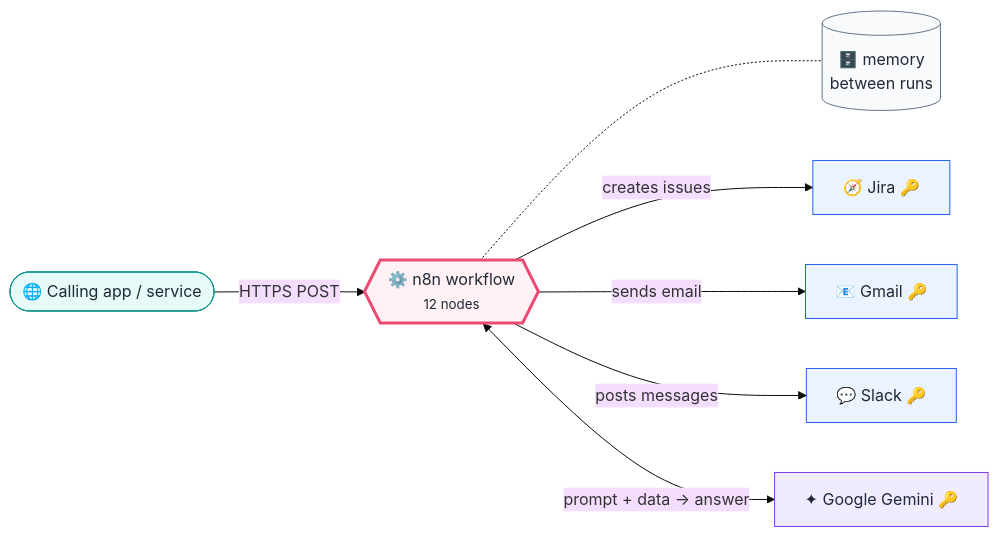
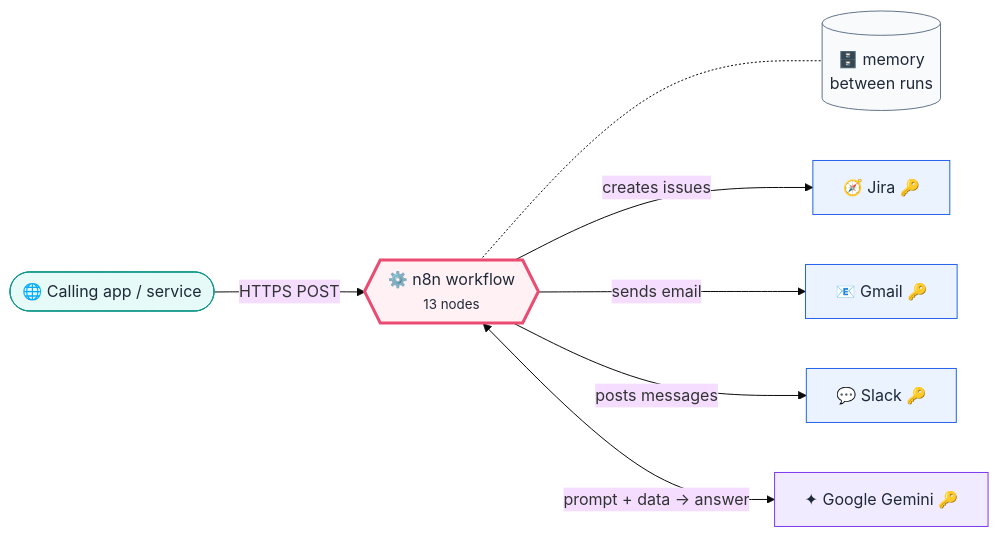
Before and after one commit to callme-siva/n8n-knowledge: the first of 2 diagrams in workflows/P03-incident-response-orchestrator/README.md, drawn with Mermaid (base theme). The commit also changed other lines of this file and 118 other files, not shown here.

````diff
--- a/workflows/P03-incident-response-orchestrator/README.md
+++ b/workflows/P03-incident-response-orchestrator/README.md
@@ -35,23 +35,23 @@
 ```mermaid
 flowchart LR
   s0(["🌐 Calling app / service"]):::ext
-  core{{"⚙️ n8n workflow<br/><small>12 nodes</small>"}}:::n8n
+  core{{"⚙️ n8n workflow<br/><small>13 nodes</small>"}}:::n8n
   state[("🗄️ memory<br/>between runs")]:::store
   core -.- state
   s1["🧭 Jira 🔑"]:::saas
   s2["📧 Gmail 🔑"]:::saas
   s3["💬 Slack 🔑"]:::saas
   s4["✦ Google Gemini 🔑"]:::ai
   s0 -->|"HTTPS POST"| core
   core -->|"creates issues"| s1
   core -->|"sends email"| s2
   core -->|"posts messages"| s3
   core <-->|"prompt + data → answer"| s4
   classDef person fill:#FFF4E5,stroke:#F59E0B,color:#1F2937
   classDef time fill:#E8F7EE,stroke:#2EA44F,color:#1F2937
   classDef saas fill:#EAF3FF,stroke:#2563EB,color:#1F2937
   classDef ai fill:#F1EBFF,stroke:#7C3AED,color:#1F2937
   classDef ext fill:#E6FAF8,stroke:#0D9488,color:#1F2937
   classDef n8n fill:#FFF1F4,stroke:#EA4B71,stroke-width:3px,color:#1F2937
   classDef store fill:#F8FAFC,stroke:#64748B,color:#1F2937
 ```
````
